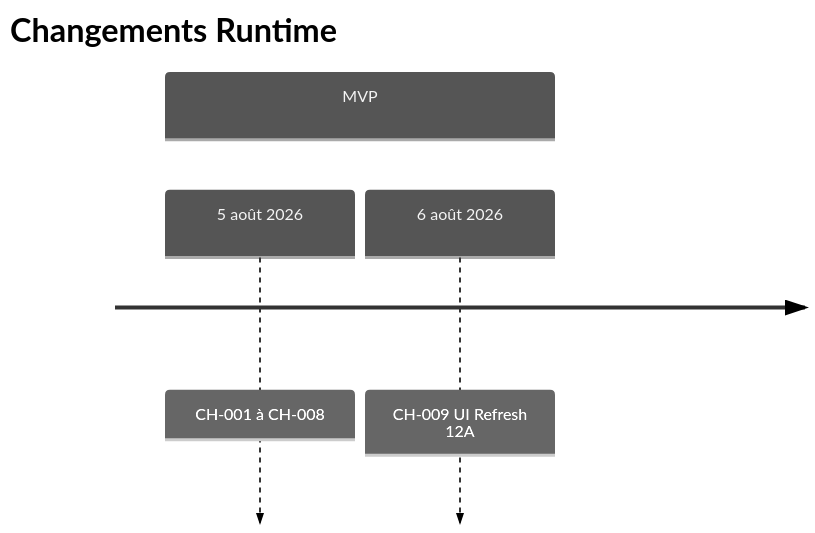
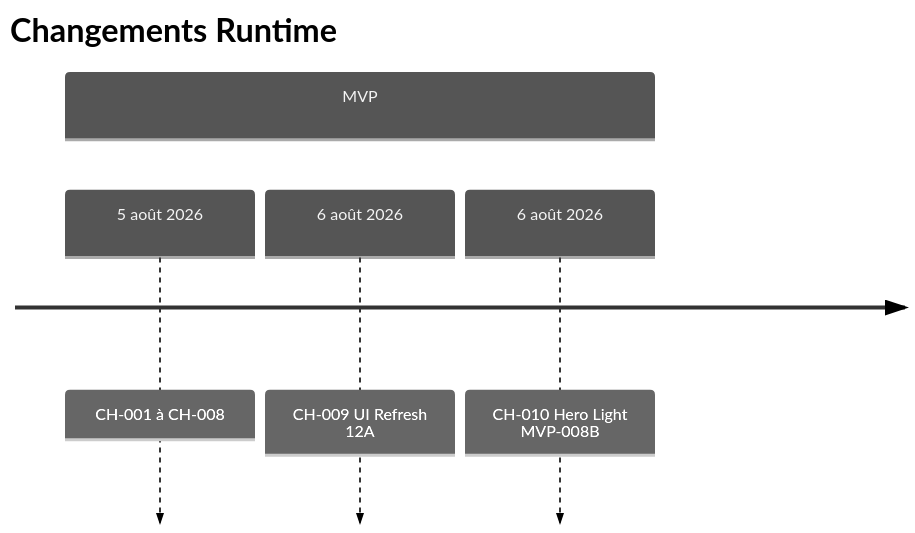
One commit to JavaChrist/Tai-Chi-AI-Coach changed the diagram in docs/runtime/17_CHANGE_HISTORY.md. Above: the diagram before and after it, drawn with Mermaid (neutral theme). The commit also changed other lines of this file and 63 other files, not shown here.

````diff
--- a/docs/runtime/17_CHANGE_HISTORY.md
+++ b/docs/runtime/17_CHANGE_HISTORY.md
@@ -44,7 +45,8 @@
 ```mermaid
 timeline
   title Changements Runtime
   section MVP
     5 août 2026 : CH-001 à CH-008
     6 août 2026 : CH-009 UI Refresh 12A
+    6 août 2026 : CH-010 Hero Light MVP-008B
 ```
````
